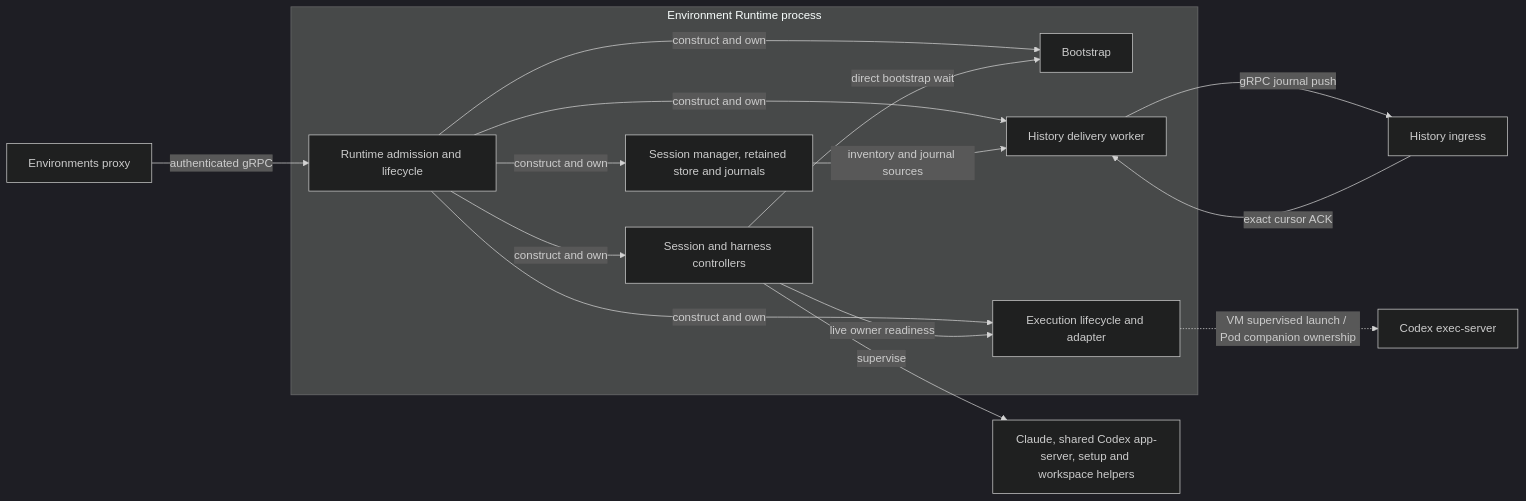
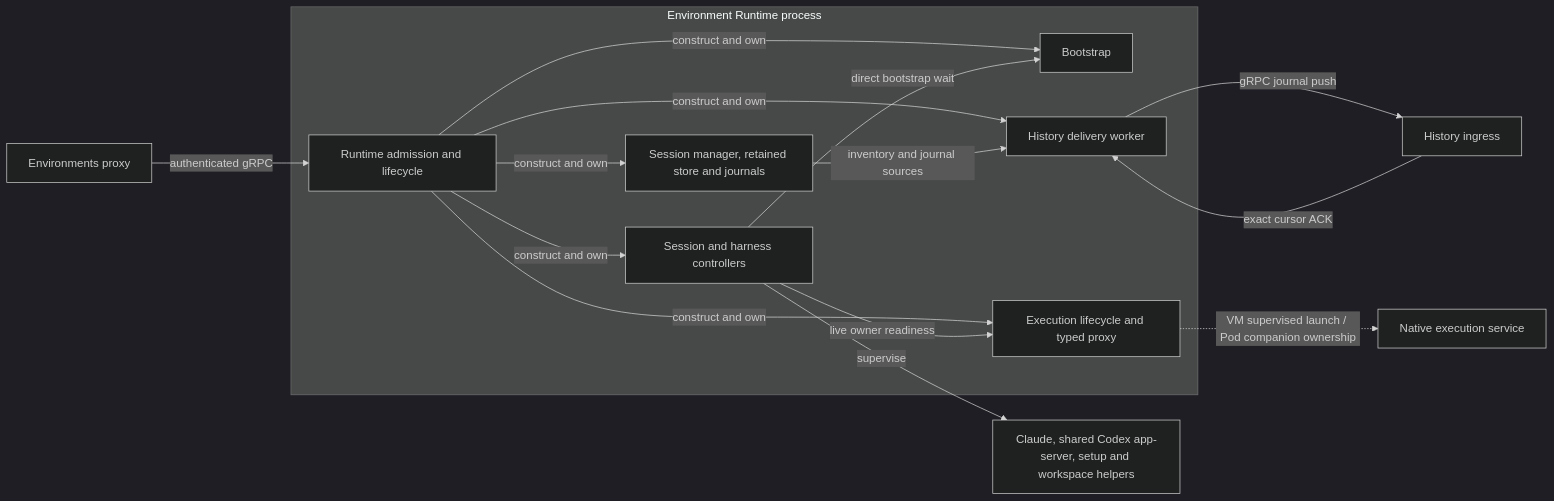
One commit to agentydragon/ducktape changed the first of 2 diagrams in agentplane/env/runtime/docs/lifecycle.md. Above: the diagram before and after it, drawn with Mermaid (dark theme). The commit also changed other lines of this file and 64 other files, not shown here.

Commit message:
Replace Codex exec-server with native execution backend

````diff
--- a/agentplane/env/runtime/docs/lifecycle.md
+++ b/agentplane/env/runtime/docs/lifecycle.md
@@ -8,20 +8,20 @@
 ```mermaid
 flowchart LR
   G["Environments proxy"] -->|"authenticated gRPC"| R
   subgraph RuntimeProcess["Environment Runtime process"]
     R["Runtime admission and lifecycle"]
     S["Session manager, retained store and journals"]
     C["Session and harness controllers"]
     B["Bootstrap"]
-    E["Execution lifecycle and adapter"]
+    E["Execution lifecycle and typed proxy"]
     H["History delivery worker"]
     R -->|"construct and own"| S & C & B & E & H
     C -->|"direct bootstrap wait"| B
     C -->|"live owner readiness"| E
     S -->|"inventory and journal sources"| H
   end
   C -->|"supervise"| Native["Claude, shared Codex app-server, setup and workspace helpers"]
-  E -.->|"VM supervised launch / Pod companion ownership"| X["Codex exec-server"]
+  E -.->|"VM supervised launch / Pod companion ownership"| X["Native execution service"]
   H -->|"gRPC journal push"| History["History ingress"]
   History -->|"exact cursor ACK"| H
 ```
````
